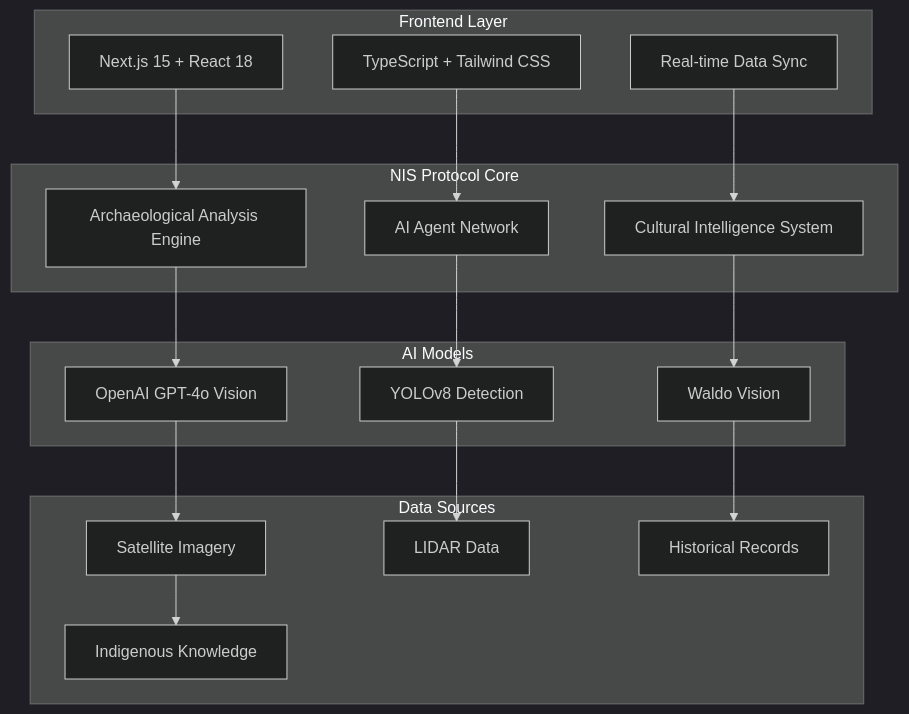
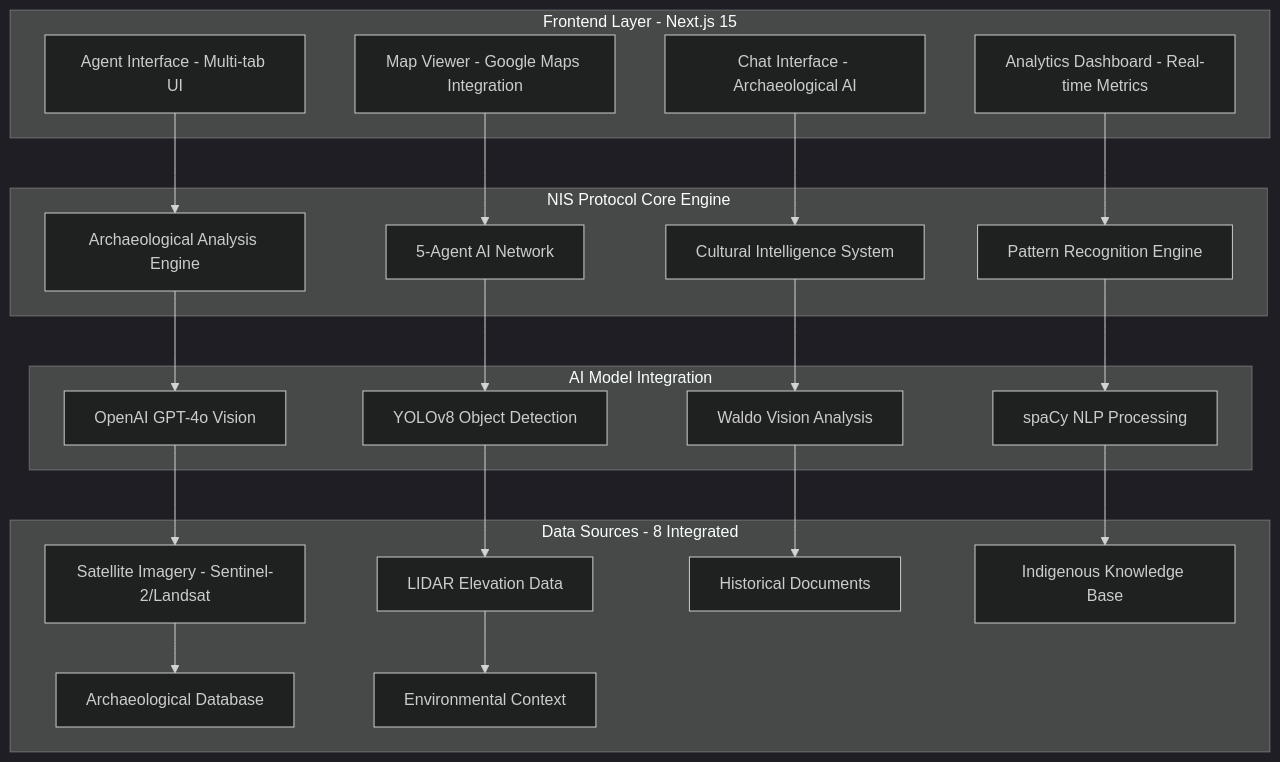
Before and after one commit to Organica-Ai-Solutions/OpenAiZChallenge: the diagram in README.md, drawn with Mermaid (dark theme). The commit also changed other lines of this file and 9 other files, not shown here.

````diff
--- a/README.md
+++ b/README.md
@@ -112,38 +139,47 @@
 ```mermaid
 graph TB
-    subgraph "Frontend Layer"
-        A[Next.js 15 + React 18]
-        B[TypeScript + Tailwind CSS]
-        C[Real-time Data Sync]
+    subgraph "Frontend Layer - Next.js 15"
+        A[Agent Interface - Multi-tab UI]
+        B[Map Viewer - Google Maps Integration]
+        C[Chat Interface - Archaeological AI]
+        D[Analytics Dashboard - Real-time Metrics]
     end
     
-    subgraph "NIS Protocol Core"
-        D[Archaeological Analysis Engine]
-        E[AI Agent Network]
-        F[Cultural Intelligence System]
+    subgraph "NIS Protocol Core Engine"
+        E[Archaeological Analysis Engine]
+        F[5-Agent AI Network]
+        G[Cultural Intelligence System]
+        H[Pattern Recognition Engine]
     end
     
-    subgraph "AI Models"
-        G[OpenAI GPT-4o Vision]
-        H[YOLOv8 Detection]
-        I[Waldo Vision]
+    subgraph "AI Model Integration"
+        I[OpenAI GPT-4o Vision]
+        J[YOLOv8 Object Detection]
+        K[Waldo Vision Analysis]
+        L[spaCy NLP Processing]
     end
     
-    subgraph "Data Sources"
-        J[Satellite Imagery]
-        K[LIDAR Data]
-        L[Historical Records]
-        M[Indigenous Knowledge]
+    subgraph "Data Sources - 8 Integrated"
+        M[Satellite Imagery - Sentinel-2/Landsat]
+        N[LIDAR Elevation Data]
+        O[Historical Documents]
+        P[Indigenous Knowledge Base]
+        Q[Archaeological Database]
+        R[Environmental Context]
     end
     
-    A --> D
-    B --> E
-    C --> F
-    D --> G
-    E --> H
-    F --> I
-    G --> J
-    H --> K
-    I --> L
-    J --> M
+    A --> E
+    B --> F
+    C --> G
+    D --> H
+    E --> I
+    F --> J
+    G --> K
+    H --> L
+    I --> M
+    J --> N
+    K --> O
+    L --> P
+    M --> Q
+    N --> R
 ```
````
